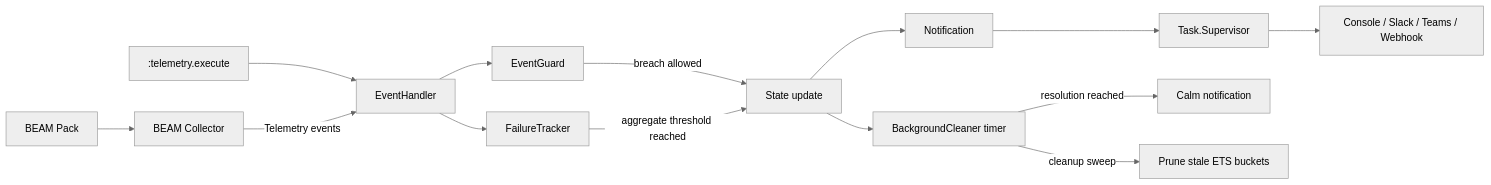
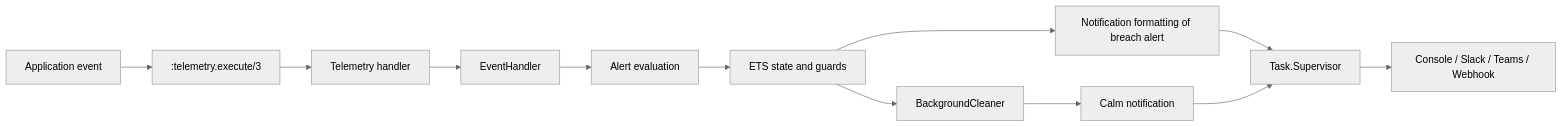
One commit to andrewinsoul/nature_whistle changed the diagram in README.md. Above: the diagram before and after it, drawn with Mermaid (neutral theme). The commit also changed other lines of this file and 17 other files, not shown here.

````diff
--- a/README.md
+++ b/README.md
@@ -25,16 +25,14 @@
 ```mermaid
 flowchart LR
-  T[:telemetry.execute] --> H[EventHandler]
-  H --> G[EventGuard]
-  G -->|breach allowed| S[State update]
-  S --> N[Notification]
-  N --> Q[Task.Supervisor]
-  Q --> C[Console / Slack / Teams / Webhook]
-  S --> B[BackgroundCleaner timer]
-  B -->|resolution reached| C2[Calm notification]
-  B -->|cleanup sweep| R[Prune stale ETS buckets]
-  H --> F[FailureTracker]
-  F -->|aggregate threshold reached| S
-  Beam[BEAM Pack] --> BC[BEAM Collector]
-  BC -->|Telemetry events| H
+  A[Application event] --> B[:telemetry.execute/3]
+  B --> C[Telemetry handler]
+  C --> D[EventHandler]
+  D --> E[Alert evaluation]
+  E --> F[ETS state and guards]
+  F --> G[Notification formatting of breach alert]
+  G --> H[Task.Supervisor]
+  H --> I[Console / Slack / Teams / Webhook]
+  F --> J[BackgroundCleaner]
+  J --> K[Calm notification]
+  K --> H
 ```
````
